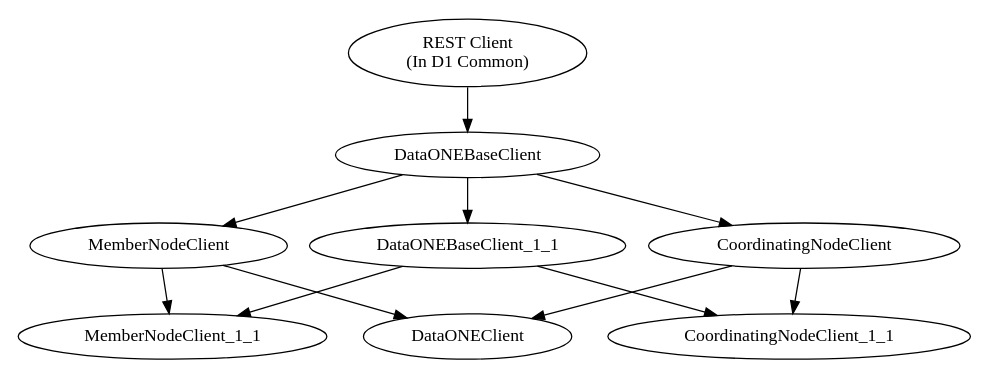
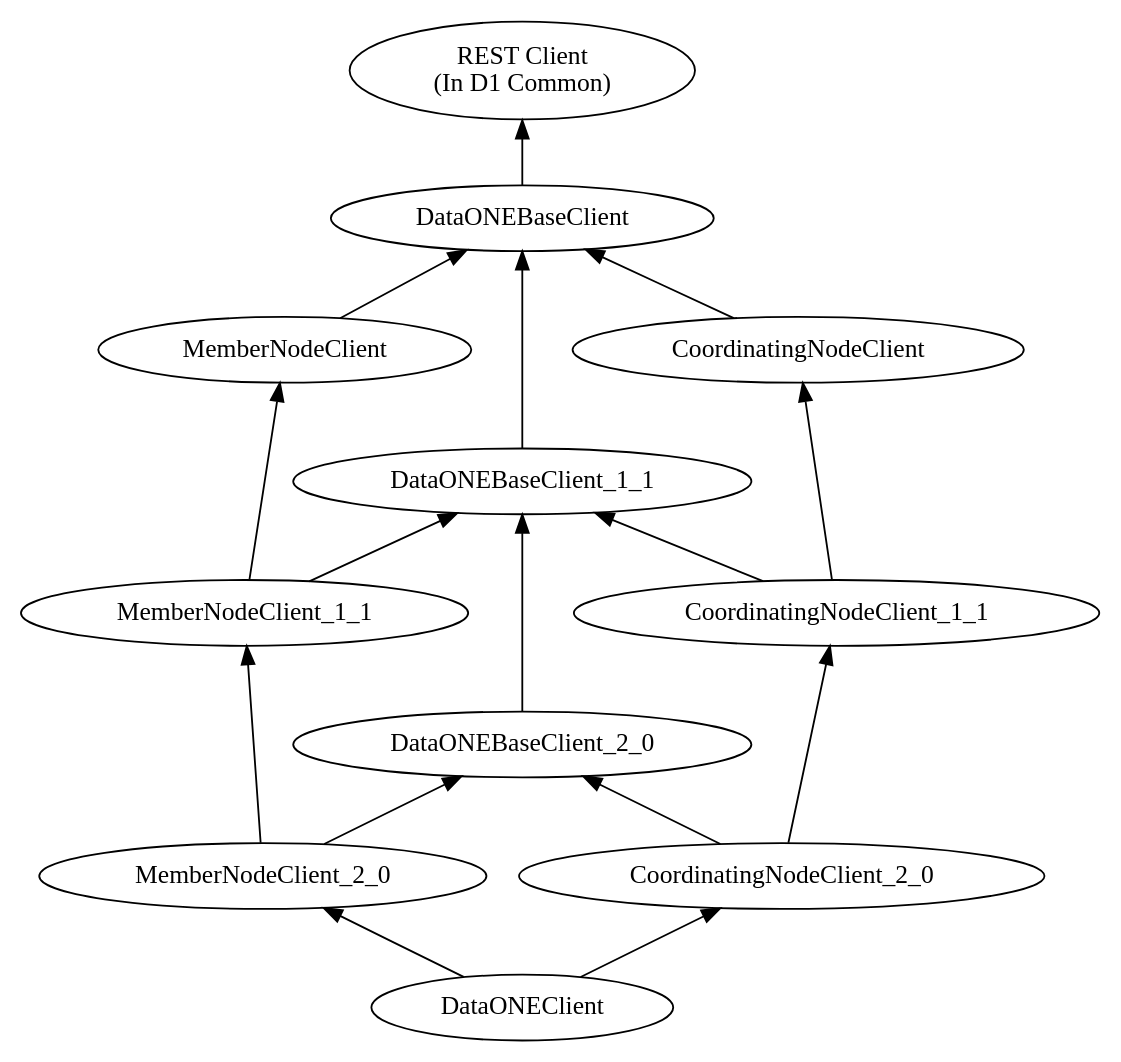
One commit to DataONEorg/d1_python changed the diagram in d1_libclient_python/doc/source/clients.rst. Above: the diagram before and after it, drawn with Graphviz. The commit also changed other lines of this file and 3 other files, not shown here.

Commit message:
Update the client class hierarchy diagram

```diff
--- a/d1_libclient_python/doc/source/clients.rst
+++ b/d1_libclient_python/doc/source/clients.rst
@@ -17,23 +17,34 @@
 .. graphviz::
 
   digraph G {
-    dpi = 60;
-    ratio = "compress";
+    dpi = 72;
+    edge [dir = back];
 
     "REST Client\n(In D1 Common)" -> DataONEBaseClient
 
     DataONEBaseClient -> DataONEBaseClient_1_1 [weight=1000];
     DataONEBaseClient -> MemberNodeClient;
     DataONEBaseClient -> CoordinatingNodeClient;
 
     DataONEBaseClient_1_1 -> MemberNodeClient_1_1;
     DataONEBaseClient_1_1 -> CoordinatingNodeClient_1_1;
 
     MemberNodeClient -> MemberNodeClient_1_1;
     CoordinatingNodeClient -> CoordinatingNodeClient_1_1;
 
-    MemberNodeClient -> DataONEClient;
-    CoordinatingNodeClient -> DataONEClient;
+    MemberNodeClient -> DataONEBaseClient_1_1 [style=invis];
+    CoordinatingNodeClient -> DataONEBaseClient_1_1 [style=invis];
 
-    DataONEBaseClient_1_1 -> DataONEClient [style=invis, weight=1000]
+    DataONEBaseClient_1_1 -> DataONEBaseClient_2_0 [weight=1000];
+    MemberNodeClient_1_1 -> DataONEBaseClient_2_0 [style=invis];
+    CoordinatingNodeClient_1_1 -> DataONEBaseClient_2_0 [style=invis];
+
+    DataONEBaseClient_2_0 -> MemberNodeClient_2_0;
+    DataONEBaseClient_2_0 -> CoordinatingNodeClient_2_0;
+
+    MemberNodeClient_1_1 -> MemberNodeClient_2_0;
+    CoordinatingNodeClient_1_1 -> CoordinatingNodeClient_2_0;
+
+    MemberNodeClient_2_0 -> DataONEClient;
+    CoordinatingNodeClient_2_0 -> DataONEClient;
   }
```
